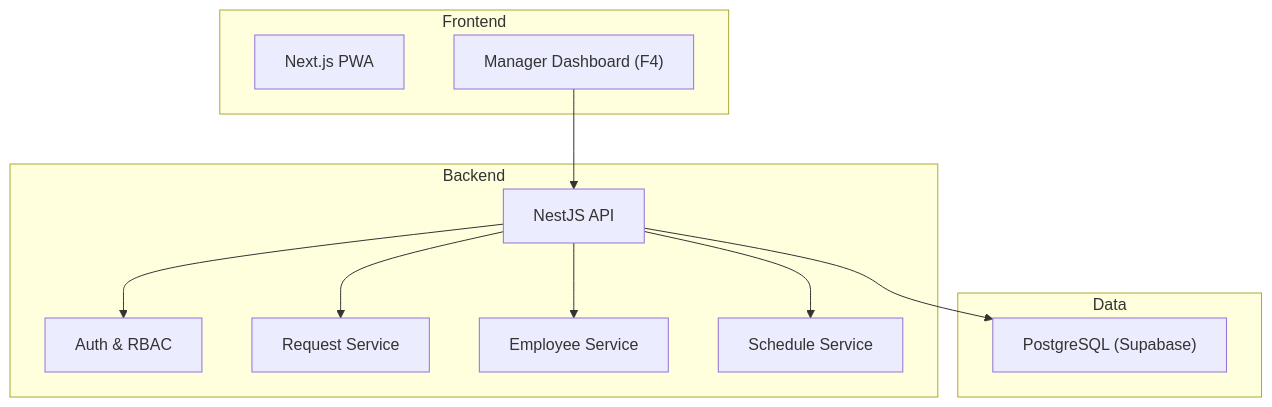
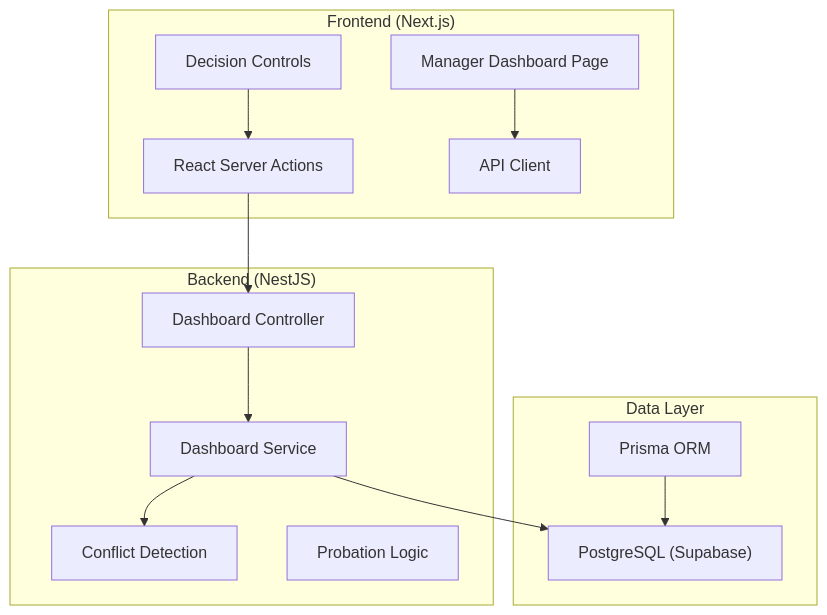
One commit to epo33m/scheduling changed the first of 3 diagrams in .qoder/repowiki/en/content/Product Requirements Document/Functional Specifications/Manager Dashboard Module (F4).md. Above: the diagram before and after it, drawn with Mermaid. The commit also changed other lines of this file and 1 other file, not shown here.

````diff
--- a/.qoder/repowiki/en/content/Product Requirements Document/Functional Specifications/Manager Dashboard Module (F4).md
+++ b/.qoder/repowiki/en/content/Product Requirements Document/Functional Specifications/Manager Dashboard Module (F4).md
@@ -33,23 +53,26 @@
 ```mermaid
 graph TB
-subgraph "Frontend"
-FE_Next["Next.js PWA"]
-FE_Dashboard["Manager Dashboard (F4)"]
+subgraph "Frontend (Next.js)"
+FE_Dashboard["Manager Dashboard Page"]
+FE_Actions["React Server Actions"]
+FE_Controls["Decision Controls"]
+FE_API["API Client"]
 end
-subgraph "Backend"
-BE_API["NestJS API"]
-BE_Auth["Auth & RBAC"]
-BE_Request["Request Service"]
-BE_Employee["Employee Service"]
-BE_Schedule["Schedule Service"]
+subgraph "Backend (NestJS)"
+BE_Controller["Dashboard Controller"]
+BE_Service["Dashboard Service"]
+BE_Conflicts["Conflict Detection"]
+BE_Probation["Probation Logic"]
 end
-subgraph "Data"
+subgraph "Data Layer"
 DB["PostgreSQL (Supabase)"]
+PRISMA["Prisma ORM"]
 end
-FE_Dashboard --> BE_API
-BE_API --> BE_Auth
-BE_API --> BE_Request
-BE_API --> BE_Employee
-BE_API --> BE_Schedule
-BE_API --> DB
+FE_Dashboard --> FE_API
+FE_Actions --> BE_Controller
+FE_Controls --> FE_Actions
+BE_Controller --> BE_Service
+BE_Service --> BE_Conflicts
+BE_Service --> DB
+PRISMA --> DB
 ```
````
